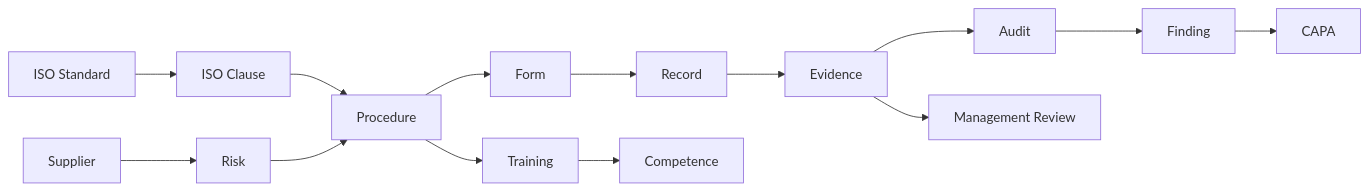
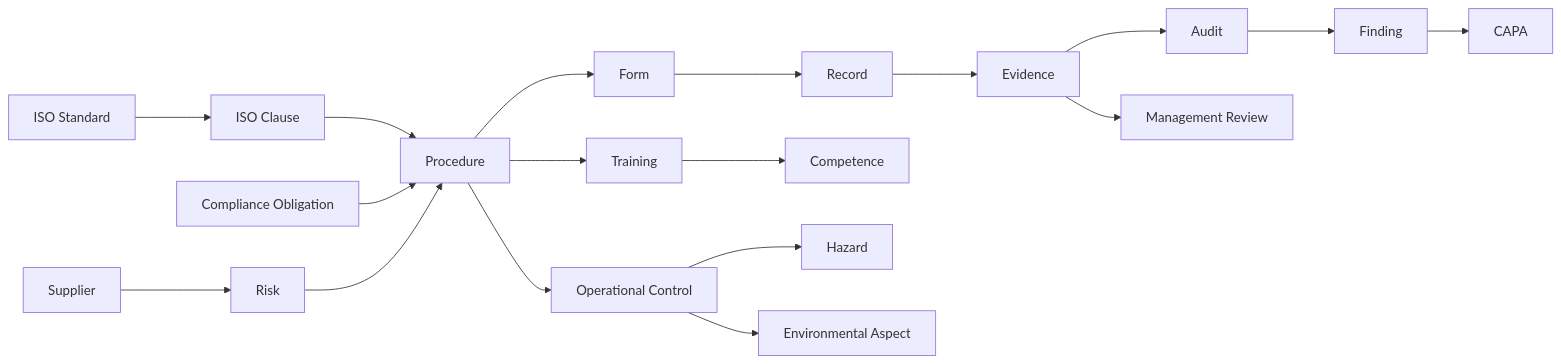
One commit to rogerbannister17-design/certisphere changed the fourth of 5 diagrams in specifications/SPEC-0001-KCIP.md. Above: the diagram before and after it, drawn with Mermaid. The commit also changed other lines of this file and 25 other files, not shown here.

````diff
--- a/specifications/SPEC-0001-KCIP.md
+++ b/specifications/SPEC-0001-KCIP.md
@@ -558,16 +1037,20 @@
 ```mermaid
 flowchart LR
   Standard["ISO Standard"] --> Clause["ISO Clause"]
   Clause --> Procedure["Procedure"]
   Procedure --> Form["Form"]
   Form --> Record["Record"]
   Record --> Evidence["Evidence"]
   Evidence --> Audit["Audit"]
   Audit --> Finding["Finding"]
   Finding --> CAPA["CAPA"]
   Procedure --> Training["Training"]
   Training --> Competence["Competence"]
+  Procedure --> OperationalControl["Operational Control"]
+  OperationalControl --> Hazard["Hazard"]
+  OperationalControl --> EnvironmentalAspect["Environmental Aspect"]
+  ComplianceObligation["Compliance Obligation"] --> Procedure
   Risk["Risk"] --> Procedure
   Supplier["Supplier"] --> Risk
   Evidence --> ManagementReview["Management Review"]
 ```
````
